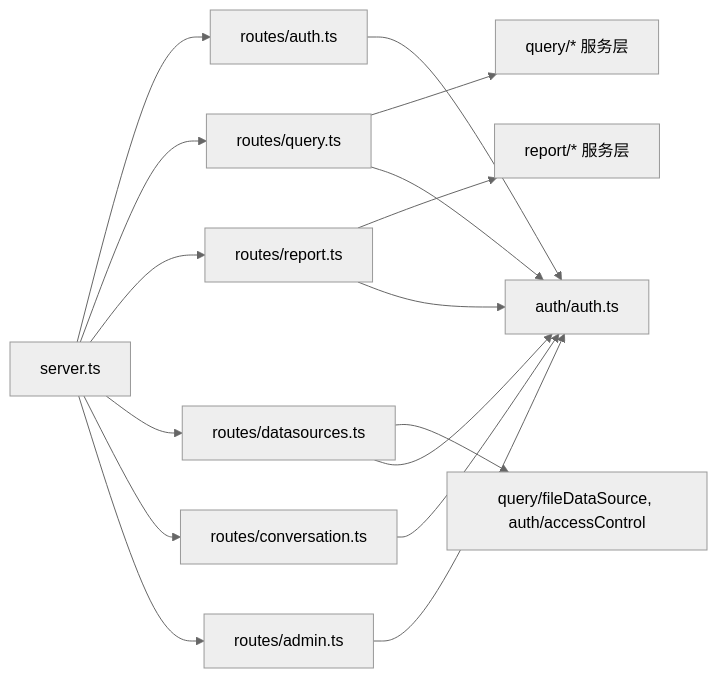
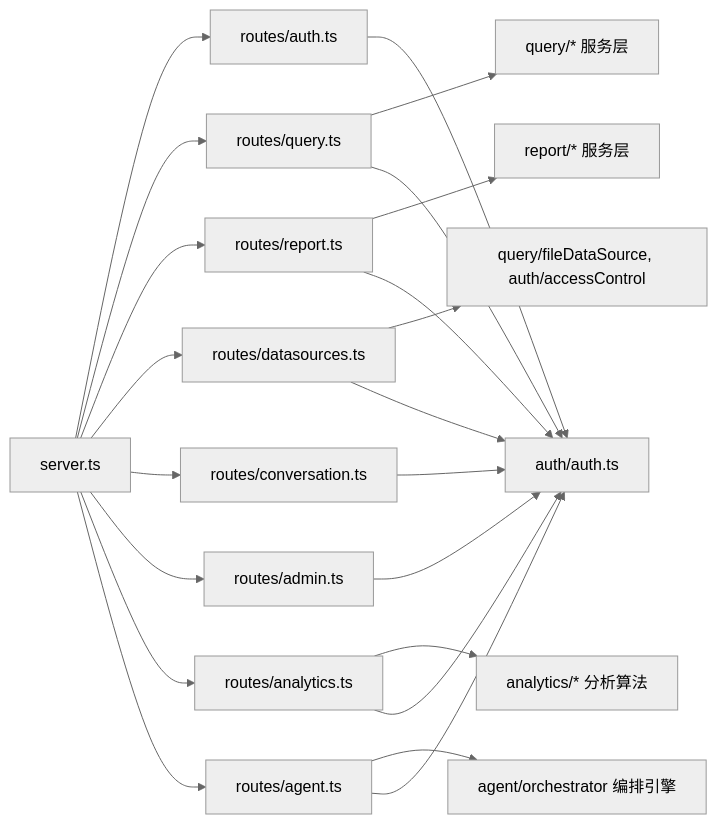
The eighth of 8 diagrams in .qoder/repowiki/zh/content/后端服务/API设计与规范/路由架构设计.md (dgjin/smart-data-analytics), drawn with Mermaid (neutral theme) before and after one commit. The commit also changed other lines of this file and 141 other files, not shown here.

````diff
--- a/.qoder/repowiki/zh/content/后端服务/API设计与规范/路由架构设计.md
+++ b/.qoder/repowiki/zh/content/后端服务/API设计与规范/路由架构设计.md
@@ -249,18 +359,24 @@
 ```mermaid
 graph LR
 A["server.ts"] --> B["routes/auth.ts"]
 A --> C["routes/query.ts"]
 A --> D["routes/report.ts"]
 A --> E["routes/datasources.ts"]
 A --> F["routes/conversation.ts"]
 A --> G["routes/admin.ts"]
-C --> H["query/* 服务层"]
-D --> I["report/* 服务层"]
-E --> J["query/fileDataSource, auth/accessControl"]
-B --> K["auth/auth.ts"]
-C --> K
-D --> K
-E --> K
-F --> K
-G --> K
+A --> H["routes/analytics.ts"]
+A --> I["routes/agent.ts"]
+C --> J["query/* 服务层"]
+D --> K["report/* 服务层"]
+E --> L["query/fileDataSource, auth/accessControl"]
+H --> M["analytics/* 分析算法"]
+I --> N["agent/orchestrator 编排引擎"]
+B --> O["auth/auth.ts"]
+C --> O
+D --> O
+E --> O
+F --> O
+G --> O
+H --> O
+I --> O
 ```
````
